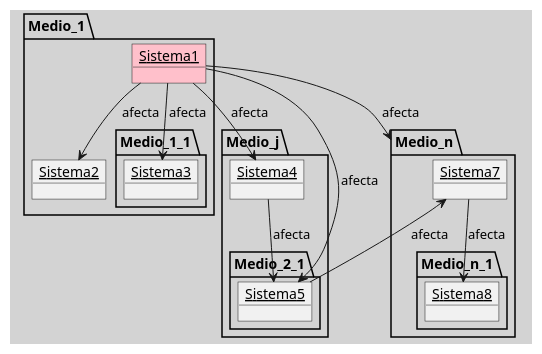
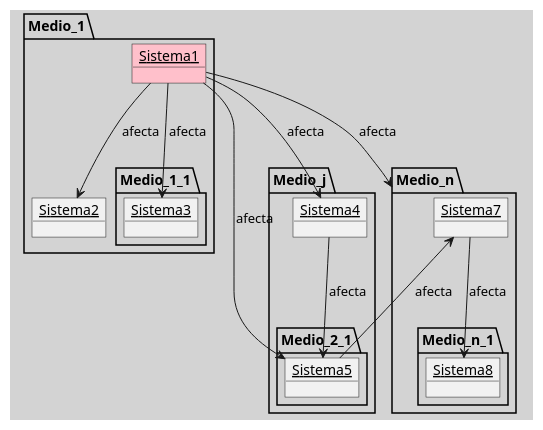
Before and after one commit to egrpy/egr-zettel-lectures: the diagram in src/site/notes/050 Base de Conocimientos/200  Mi Zettelkasten/100 Docencia/Org1/2025/Clase 13 Principio de Organicidad/Zk El Efecto Mariposa.md, drawn with PlantUML. The commit also changed other lines of this file and 5 other files, not shown here.

````diff
--- a/src/site/notes/050 Base de Conocimientos/200  Mi Zettelkasten/100 Docencia/Org1/2025/Clase 13 Principio de Organicidad/Zk El Efecto Mariposa.md
+++ b/src/site/notes/050 Base de Conocimientos/200  Mi Zettelkasten/100 Docencia/Org1/2025/Clase 13 Principio de Organicidad/Zk El Efecto Mariposa.md
@@ -16,43 +16,43 @@
 ```plantuml
 @startuml
 !pragma layout smetana
 skinparam style strictuml
 skinparam classAttributeIconSize 0
 skinparam BackgroundColor LightGray
 top to bottom direction
 'skinparam linetype ortho
 
 package Medio_1 {
 	object Sistema1 #pink
 	object Sistema2 
 	
 	package Medio_1_1 {
 		object Sistema3
 	}
 }
 
 package Medio_j {
 	object Sistema4
 
 	package Medio_2_1 {
 		object Sistema5
 	}
 }
 
 package Medio_n {
 	object Sistema7
 	package Medio_n_1 {
 		object Sistema8
 	  }
 }
 
-Sistema1 --> Sistema2 :afecta
-Sistema1 --> Sistema3 :afecta
-Sistema1 --> Sistema4 :afecta
-Sistema1 --> Sistema5 :afecta
-Sistema1 --> Medio_n :afecta
-Sistema4 --> Sistema5 :afecta
-Sistema5 -l-> Sistema7 :afecta
-Sistema7 --> Sistema8 :afecta
+Sistema1 ---> Sistema2 :afecta
+Sistema1 ---> Sistema3 :afecta
+Sistema1 ---> Sistema4 :afecta
+Sistema1 ---> Sistema5 :afecta
+Sistema1 ---> Medio_n :afecta
+Sistema4 ---> Sistema5 :afecta
+Sistema5 --l-> Sistema7 :afecta
+Sistema7 ---> Sistema8 :afecta
 @enduml
 ```
````
